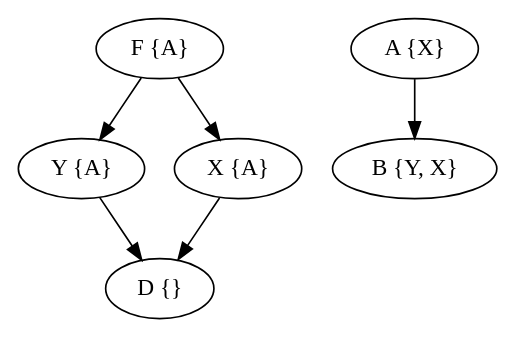
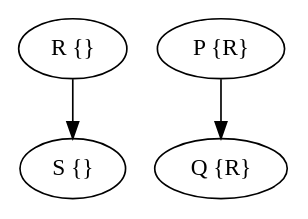
Before and after one commit to GiovA07/Pointer_Analysis: the diagram in output/grafo.dot, drawn with Graphviz. The commit also changed 2 other files, not shown here.

```diff
--- a/output/grafo.dot
+++ b/output/grafo.dot
@@ -1,14 +1,9 @@
 digraph{
 rankdir=TB;
-F [label="F {A}"];
-D [label="D {}"];
-Y [label="Y {A}"];
-X [label="X {A}"];
-A [label="A {X}"];
-B [label="B {Y, X}"];
-F -> X;
-F -> Y;
-Y -> D;
-X -> D;
-A -> B;
+S [label="S {}"];
+Q [label="Q {R}"];
+P [label="P {R}"];
+R [label="R {}"];
+P -> Q;
+R -> S;
 }
```
